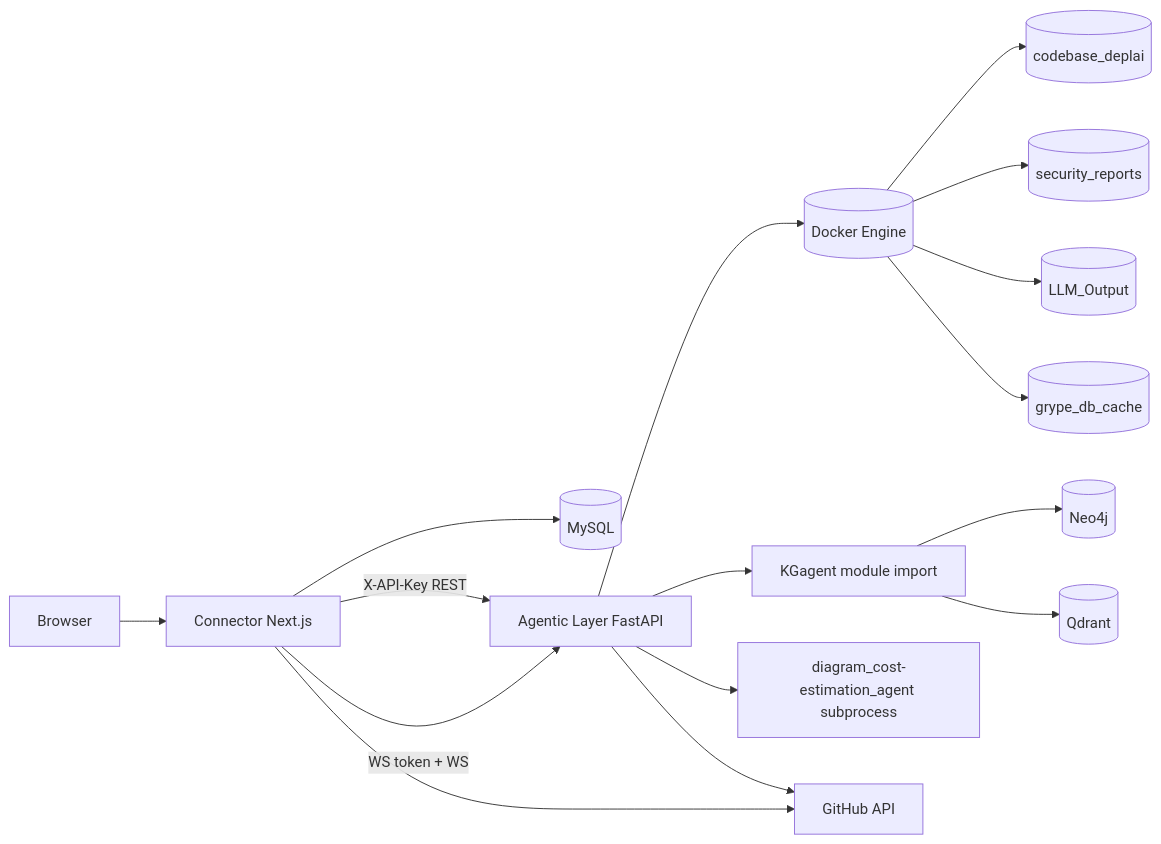
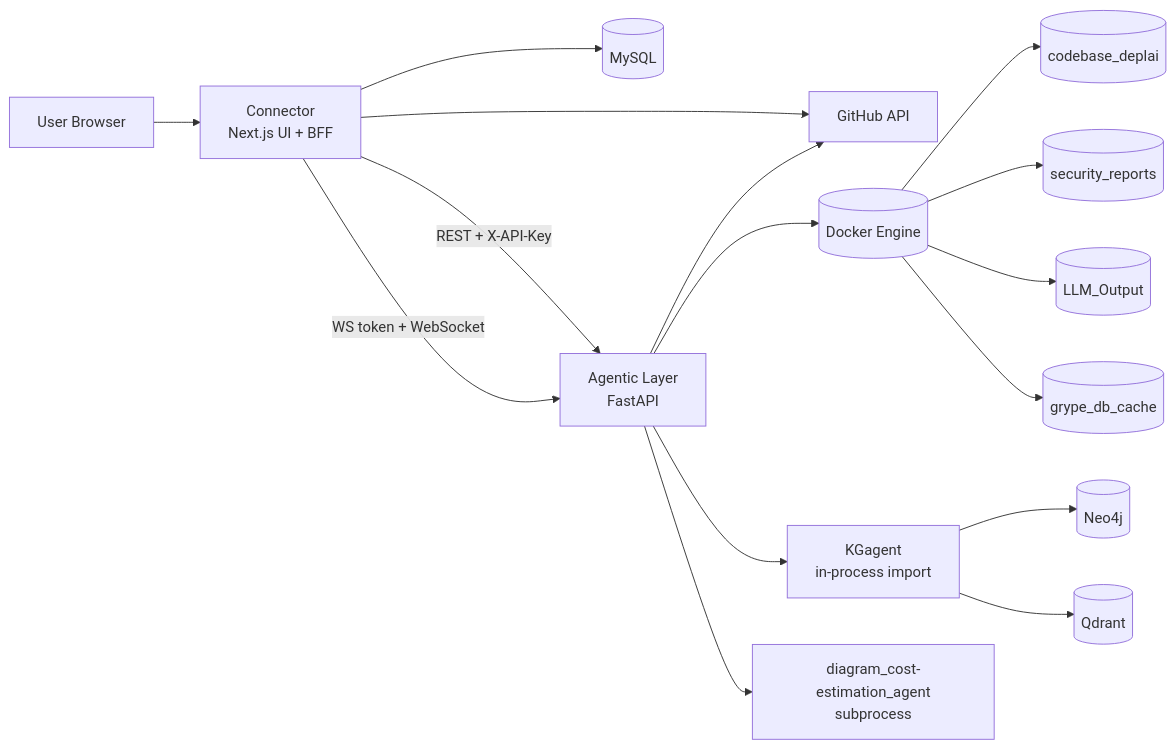
One commit to adityajayashankar/Deplai changed the first of 2 diagrams in ARCHITECTURE.md. Above: the diagram before and after it, drawn with Mermaid. The commit also changed other lines of this file and 8 other files, not shown here.

````diff
--- a/ARCHITECTURE.md
+++ b/ARCHITECTURE.md
@@ -7,21 +17,21 @@
 ```mermaid
 flowchart LR
-    U[Browser] --> C[Connector Next.js]
+    U[User Browser] --> C[Connector<br/>Next.js UI + BFF]
     C --> DB[(MySQL)]
-    C -->|X-API-Key REST| A[Agentic Layer FastAPI]
-    C -->|WS token + WS| A
+    C --> G[GitHub API]
+    C -->|REST + X-API-Key| A[Agentic Layer<br/>FastAPI]
+    C -->|WS token + WebSocket| A
 
     A --> D[(Docker Engine)]
     D --> V1[(codebase_deplai)]
     D --> V2[(security_reports)]
     D --> V3[(LLM_Output)]
     D --> V4[(grype_db_cache)]
 
-    A --> K[KGagent module import]
-    K --> N[(Neo4j)]
-    K --> Q[(Qdrant)]
+    A --> KG[KGagent<br/>in-process import]
+    KG --> N[(Neo4j)]
+    KG --> Q[(Qdrant)]
 
-    A --> S7[diagram_cost-estimation_agent subprocess]
-    C --> G[GitHub API]
+    A --> S7[diagram_cost-estimation_agent<br/>subprocess]
     A --> G
 ```
````
